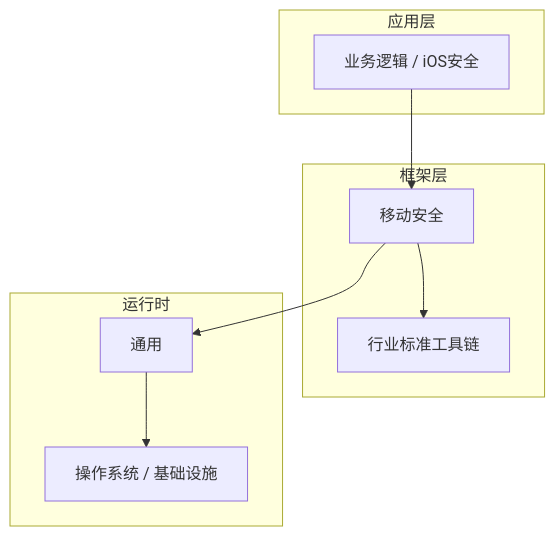
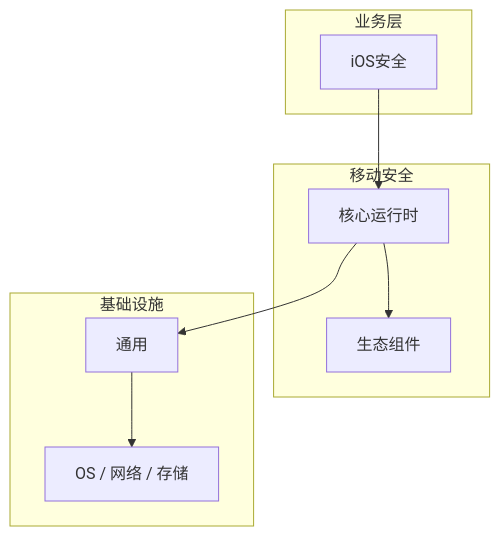
One commit to yanggan2015/knowledge-json-v2 changed the diagram in articles/移动安全/chapters/013-iOS安全核心概念与原理.md. Above: the diagram before and after it, drawn with Mermaid. The commit also changed other lines of this file and 10127 other files, not shown here.

````diff
--- a/articles/移动安全/chapters/013-iOS安全核心概念与原理.md
+++ b/articles/移动安全/chapters/013-iOS安全核心概念与原理.md
@@ -46,18 +31,18 @@
 ```mermaid
 graph TB
-    subgraph 应用层
-        A[业务逻辑 / iOS安全]
+    subgraph 业务层
+        A[iOS安全]
     end
-    subgraph 框架层
-        B[移动安全]
-        C[行业标准工具链]
+    subgraph 移动安全
+        B[核心运行时]
+        C[生态组件]
     end
-    subgraph 运行时
+    subgraph 基础设施
         D[通用]
-        E[操作系统 / 基础设施]
+        E[OS / 网络 / 存储]
     end
     A --> B
     B --> C
     B --> D
     D --> E
 ```
````
